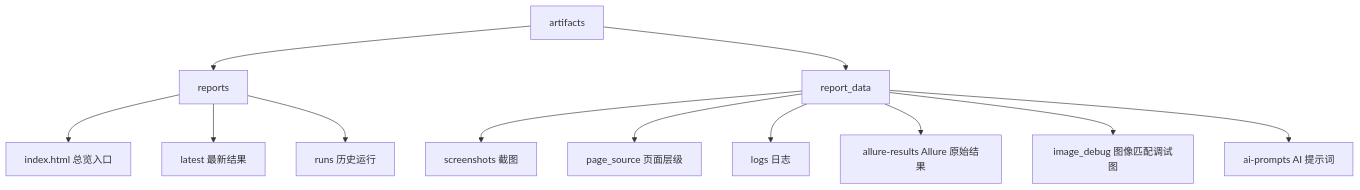
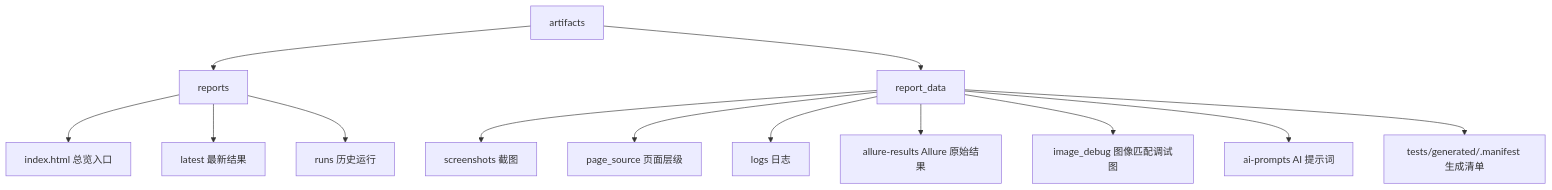
Before and after one commit to leaveeeeeee/ai-android-ui-autotest-framework: the third of 3 diagrams in docs/framework_flow.md, drawn with Mermaid. The commit also changed other lines of this file and 23 other files, not shown here.

````diff
--- a/docs/framework_flow.md
+++ b/docs/framework_flow.md
@@ -59,14 +60,15 @@
 ```mermaid
 flowchart TD
     A[artifacts] --> B[reports]
     A --> C[report_data]
     B --> B1[index.html 总览入口]
     B --> B2[latest 最新结果]
     B --> B3[runs 历史运行]
     C --> C1[screenshots 截图]
     C --> C2[page_source 页面层级]
     C --> C3[logs 日志]
     C --> C4[allure-results Allure 原始结果]
     C --> C5[image_debug 图像匹配调试图]
     C --> C6[ai-prompts AI 提示词]
+    C --> C7[tests/generated/.manifest 生成清单]
 ```
````
